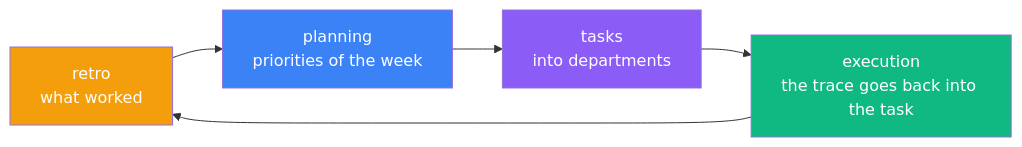
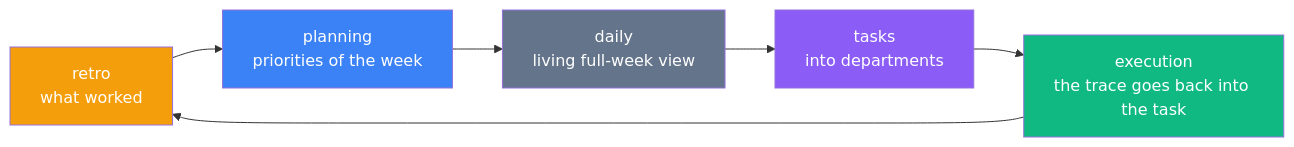
One commit to dan4201952-hue/personal-corp-os changed the second of 2 diagrams in README.md. Above: the diagram before and after it, drawn with Mermaid. The commit also changed other lines of this file and 19 other files, not shown here.

````diff
--- a/README.md
+++ b/README.md
@@ -109,11 +109,13 @@
 ```mermaid
 graph LR
     R["retro<br/>what worked"] --> P["planning<br/>priorities of the week"]
-    P --> T["tasks<br/>into departments"]
+    P --> D["daily<br/>living full-week view"]
+    D --> T["tasks<br/>into departments"]
     T --> E["execution<br/>the trace goes back into the task"]
     E --> R
     style R fill:#f59e0b,color:#fff
     style P fill:#3b82f6,color:#fff
+    style D fill:#64748b,color:#fff
     style T fill:#8b5cf6,color:#fff
     style E fill:#10b981,color:#fff
 ```
````
